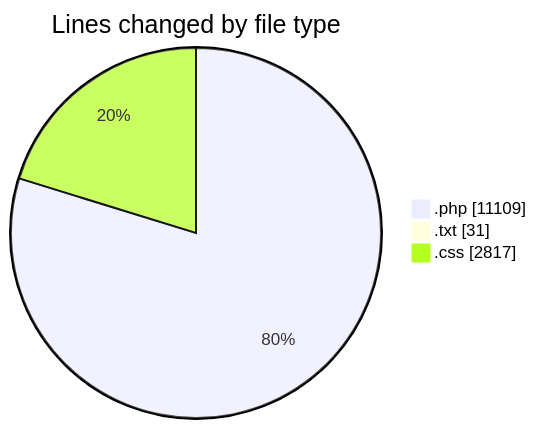
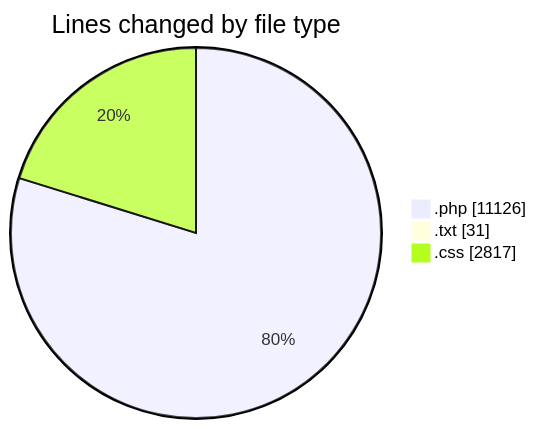
The first of 2 diagrams in 2025-10-17/untitled__workspace_/README.md (debugP/code-tracking), drawn with Mermaid before and after one commit. The commit also changed other lines of this file and 1 other file, not shown here.

````diff
--- a/2025-10-17/untitled__workspace_/README.md
+++ b/2025-10-17/untitled__workspace_/README.md
@@ -27,7 +27,7 @@
 ```mermaid
 pie showData
 title Lines changed by file type
-".php" : 11109
+".php" : 11126
 ".txt" : 31
 ".css" : 2817
 ```
````
